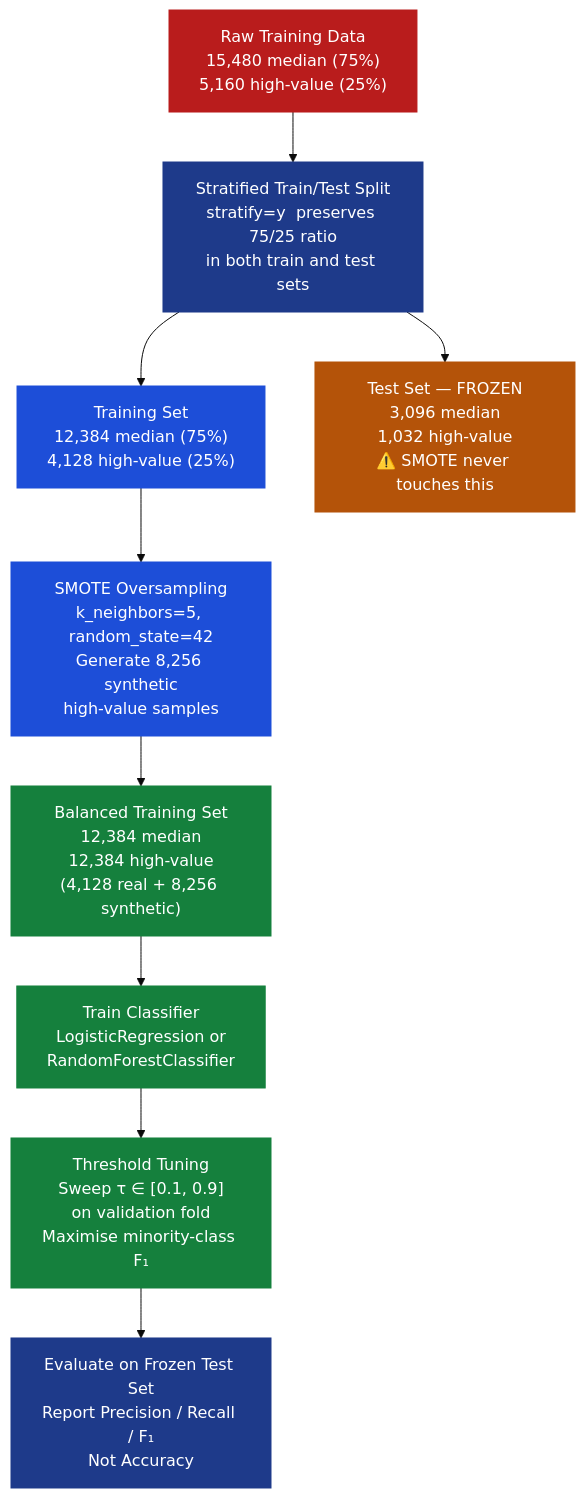
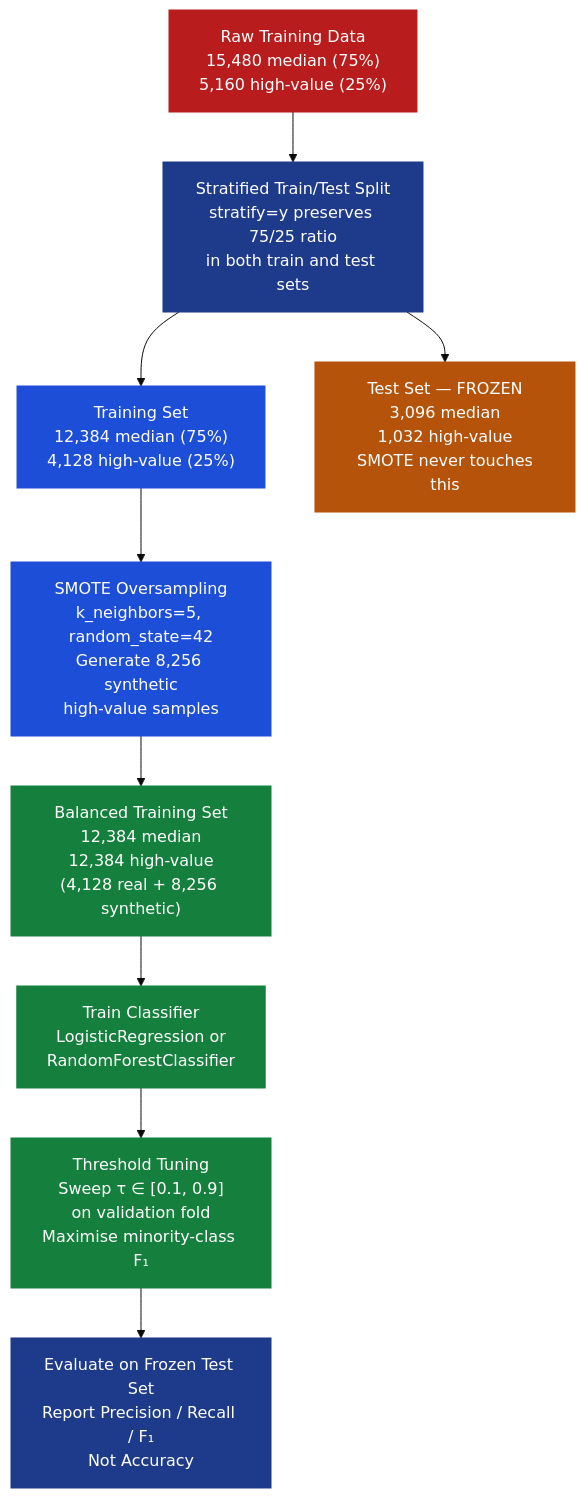
The first of 2 diagrams in notes/01-ml/01-regression/ch00b-class-imbalance/README.md (dsgouda7/ai-portfolio), drawn with Mermaid (base theme) before and after one commit. The commit also changed other lines of this file and 179 other files, not shown here.

````diff
--- a/notes/01-ml/01-regression/ch00b-class-imbalance/README.md
+++ b/notes/01-ml/01-regression/ch00b-class-imbalance/README.md
@@ -609,30 +608,30 @@
 ```mermaid
 flowchart TD
-    RAW["Raw Training Data\n15,480 median (75%)\n5,160 high-value (25%)"]
+ RAW["Raw Training Data\n15,480 median (75%)\n5,160 high-value (25%)"]
 
-    SPLIT["Stratified Train/Test Split\nstratify=y  preserves 75/25 ratio\nin both train and test sets"]
+ SPLIT["Stratified Train/Test Split\nstratify=y preserves 75/25 ratio\nin both train and test sets"]
 
-    RAW --> SPLIT
-    SPLIT --> TRAIN["Training Set\n12,384 median  (75%)\n4,128 high-value  (25%)"]
-    SPLIT --> TEST["Test Set — FROZEN\n3,096 median\n1,032 high-value\n⚠️ SMOTE never touches this"]
+ RAW --> SPLIT
+ SPLIT --> TRAIN["Training Set\n12,384 median (75%)\n4,128 high-value (25%)"]
+ SPLIT --> TEST["Test Set — FROZEN\n3,096 median\n1,032 high-value\n SMOTE never touches this"]
 
-    TRAIN --> SMOTE_NODE["SMOTE Oversampling\nk_neighbors=5, random_state=42\nGenerate 8,256 synthetic\nhigh-value samples"]
+ TRAIN --> SMOTE_NODE["SMOTE Oversampling\nk_neighbors=5, random_state=42\nGenerate 8,256 synthetic\nhigh-value samples"]
 
-    SMOTE_NODE --> BALANCED["Balanced Training Set\n12,384 median\n12,384 high-value\n(4,128 real + 8,256 synthetic)"]
+ SMOTE_NODE --> BALANCED["Balanced Training Set\n12,384 median\n12,384 high-value\n(4,128 real + 8,256 synthetic)"]
 
-    BALANCED --> MODEL["Train Classifier\nLogisticRegression or\nRandomForestClassifier"]
+ BALANCED --> MODEL["Train Classifier\nLogisticRegression or\nRandomForestClassifier"]
 
-    MODEL --> THRESHOLD["Threshold Tuning\nSweep τ ∈ [0.1, 0.9]\non validation fold\nMaximise minority-class F₁"]
+ MODEL --> THRESHOLD["Threshold Tuning\nSweep τ ∈ [0.1, 0.9]\non validation fold\nMaximise minority-class F₁"]
 
-    THRESHOLD --> EVAL["Evaluate on Frozen Test Set\nReport Precision / Recall / F₁\nNot Accuracy"]
+ THRESHOLD --> EVAL["Evaluate on Frozen Test Set\nReport Precision / Recall / F₁\nNot Accuracy"]
 
-    style RAW fill:#b91c1c,color:#fff,stroke:#b91c1c
-    style SPLIT fill:#1e3a8a,color:#fff,stroke:#1e3a8a
-    style TEST fill:#b45309,color:#fff,stroke:#b45309
-    style SMOTE_NODE fill:#1d4ed8,color:#fff,stroke:#1d4ed8
-    style BALANCED fill:#15803d,color:#fff,stroke:#15803d
-    style MODEL fill:#15803d,color:#fff,stroke:#15803d
-    style TRAIN fill:#1d4ed8,color:#fff,stroke:#1d4ed8
-    style THRESHOLD fill:#15803d,color:#fff,stroke:#15803d
-    style EVAL fill:#1e3a8a,color:#fff,stroke:#1e3a8a
+ style RAW fill:#b91c1c,color:#fff,stroke:#b91c1c
+ style SPLIT fill:#1e3a8a,color:#fff,stroke:#1e3a8a
+ style TEST fill:#b45309,color:#fff,stroke:#b45309
+ style SMOTE_NODE fill:#1d4ed8,color:#fff,stroke:#1d4ed8
+ style BALANCED fill:#15803d,color:#fff,stroke:#15803d
+ style MODEL fill:#15803d,color:#fff,stroke:#15803d
+ style TRAIN fill:#1d4ed8,color:#fff,stroke:#1d4ed8
+ style THRESHOLD fill:#15803d,color:#fff,stroke:#15803d
+ style EVAL fill:#1e3a8a,color:#fff,stroke:#1e3a8a
 ```
````
